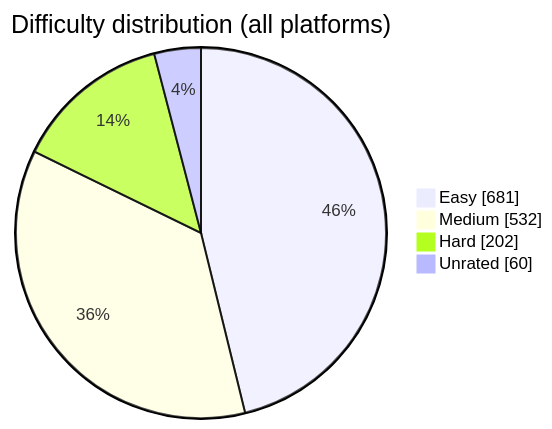
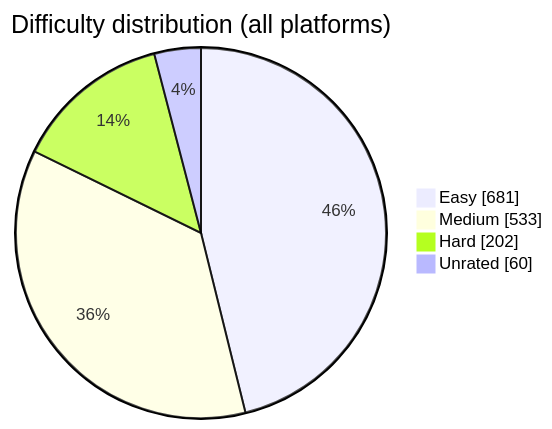
The diagram in README.md (BuildbyArindam/Daily-Coding-Log), drawn with Mermaid before and after one commit. The commit also changed other lines of this file, not shown here.

````diff
--- a/README.md
+++ b/README.md
@@ -93,7 +93,7 @@
 ```mermaid
 pie showData title Difficulty distribution (all platforms)
     "Easy" : 681
-    "Medium" : 532
+    "Medium" : 533
     "Hard" : 202
     "Unrated" : 60
 ```
````
